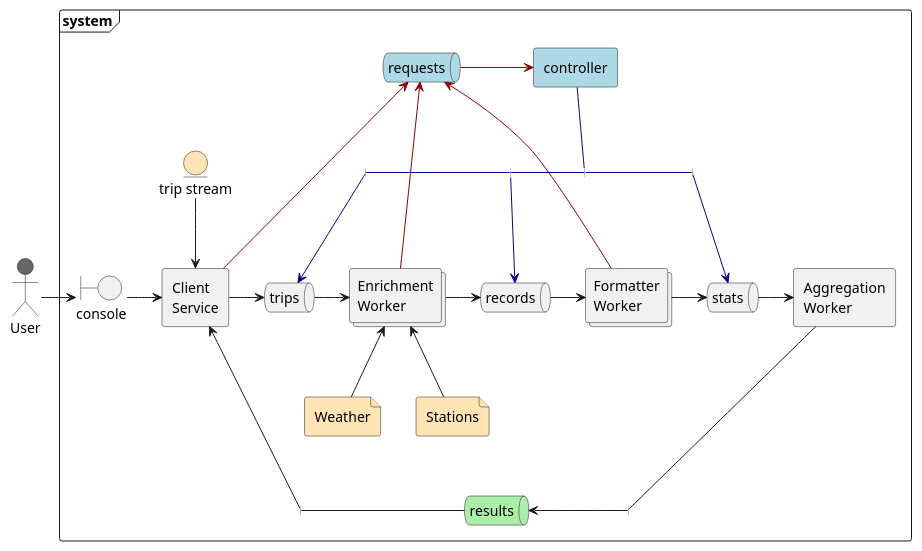
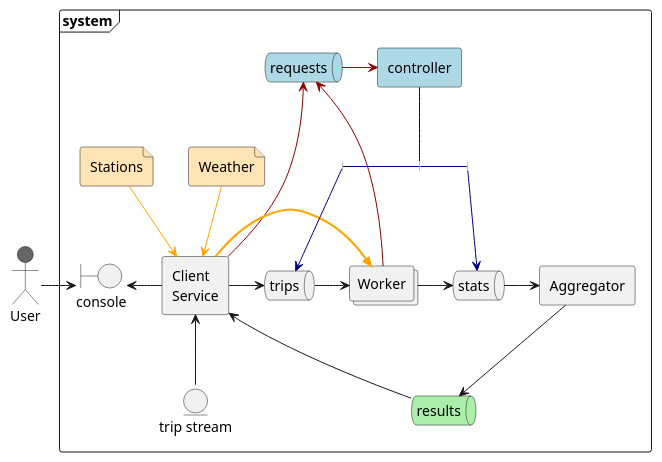
Before and after one commit to n-zu/DISTRIBUIDOS-TP1: the diagram in docs/plantuml/robustnes.puml, drawn with PlantUML. The commit also changed 1 other file, not shown here.

Commit message:
architecture

```diff
--- a/docs/plantuml/robustnes.puml
+++ b/docs/plantuml/robustnes.puml
@@ -1,71 +1,60 @@
 @startuml
 
 <style>
 hexagon {
   BackGroundColor #00000055
   LineThickness 0
   LineColor none
 }
 </style>
 
 actor User #666666
 
 frame system  {
   agent controller #lightblue
   queue requests #lightblue
   hexagon t1 as " "
   hexagon t2 as " " 
   hexagon t3 as " "
-  hexagon t4 as " "
 
   boundary console
   agent cs as "Client\nService"
   queue trips
-  collections ew as "Enrichment\nWorker"
-  queue records
-  collections fw as "Formatter\nWorker"
+  collections ew as "Worker"
   queue stats
-  agent aw as "Aggregation\nWorker"\
+  agent aw as "Aggregator"
 
-  entity ts as "trip stream" #moccasin
+  entity ts as "trip stream"
   file Weather #moccasin
   file Stations #moccasin
 
-  hexagon r1 as " "
-  hexagon r2 as " "
   queue results #aaeeaa
 }
 
 User -> console
-console -> cs
+console <- cs
 cs -> trips
 trips -> ew
-ew -> records
-records -> fw
-fw -> stats
+ew -> stats
 stats -> aw
 
-aw --- r1
-results <- r1
-r2 - results
-cs <--- r2
+aw --> results
+cs <-- results
 
 requests -> controller #darkred
 requests <--- cs #darkred
 requests <--- ew #darkred
-requests <--- fw #darkred
 
-ts --> cs
-ew <-- Weather
-ew <-- Stations
+ts -up-> cs
+Weather --> cs #orange
+Stations --> cs #orange
 
+cs =>> ew #orange
 
 t1 --> trips #darkblue
-t2 --> records #darkblue
-t4 --> stats #darkblue
+t3 --> stats #darkblue
 t1 -ri- t2 #darkblue
 t2 -ri- t3 #darkblue
-t3 -ri- t4 #darkblue
-controller -- t3 #darkblue
+controller -- t2 #darkblue
 
 @enduml
```
